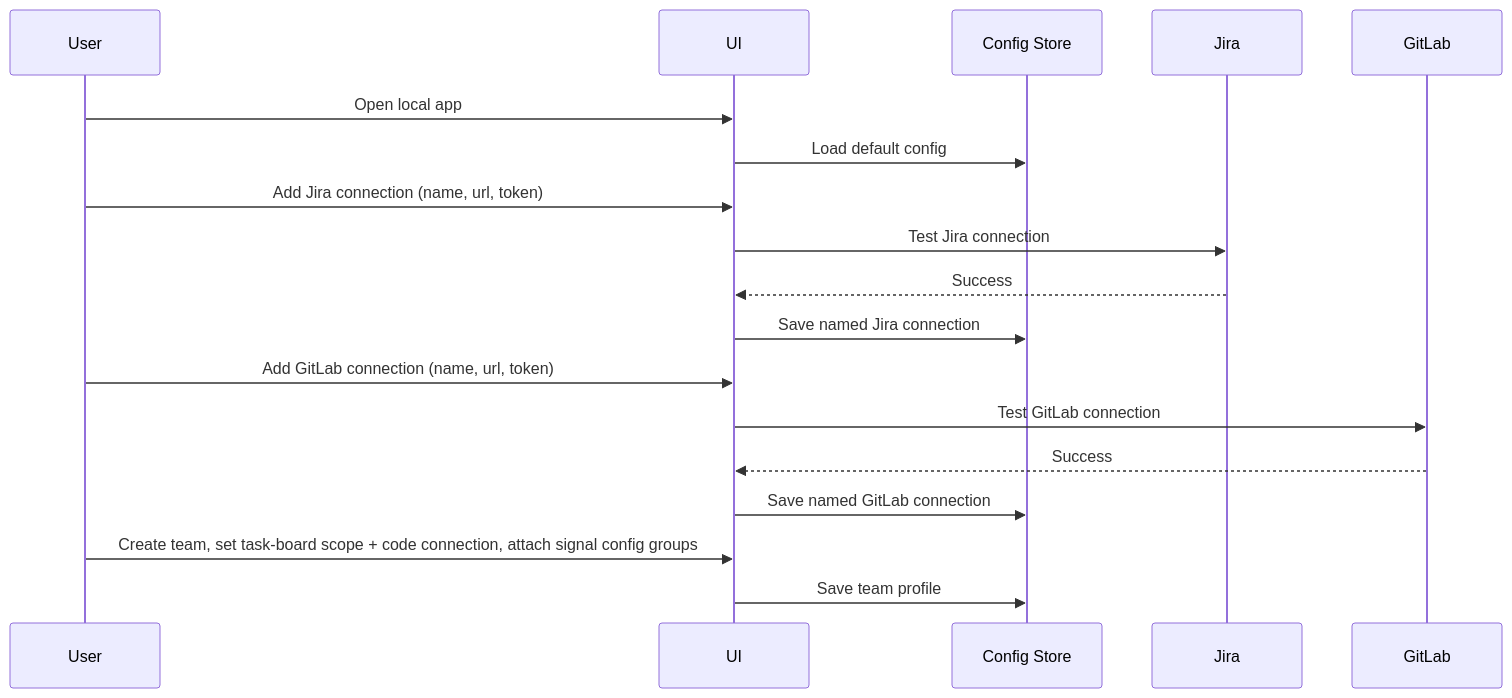
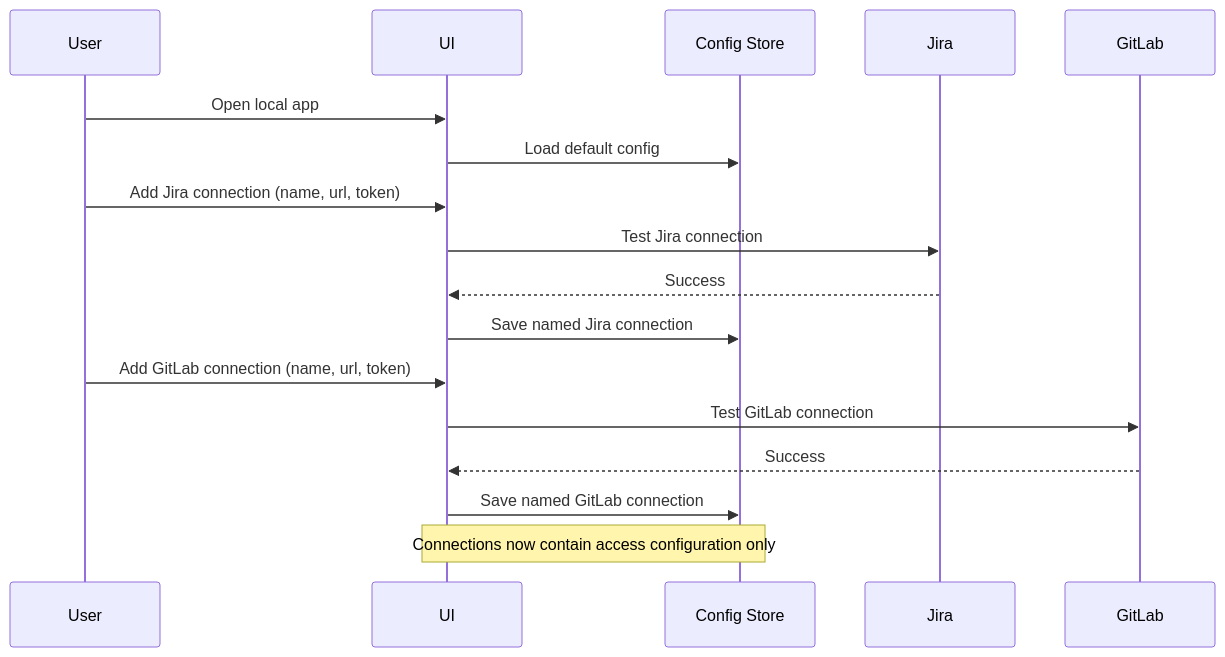
One commit to serdartas/em-radar changed the sixth of 8 diagrams in docs/03-architecture-overview.md. Above: the diagram before and after it, drawn with Mermaid. The commit also changed other lines of this file and 39 other files, not shown here.

````diff
--- a/docs/03-architecture-overview.md
+++ b/docs/03-architecture-overview.md
@@ -985,21 +1004,20 @@
 ```mermaid
 sequenceDiagram
     participant User
     participant UI
     participant Config as Config Store
     participant Jira
     participant GitLab
 
     User->>UI: Open local app
     UI->>Config: Load default config
     User->>UI: Add Jira connection (name, url, token)
     UI->>Jira: Test Jira connection
     Jira-->>UI: Success
     UI->>Config: Save named Jira connection
     User->>UI: Add GitLab connection (name, url, token)
     UI->>GitLab: Test GitLab connection
     GitLab-->>UI: Success
     UI->>Config: Save named GitLab connection
-    User->>UI: Create team, set task-board scope + code connection, attach signal config groups
-    UI->>Config: Save team profile
+    Note over UI,Config: Connections now contain access configuration only
 ```
````
